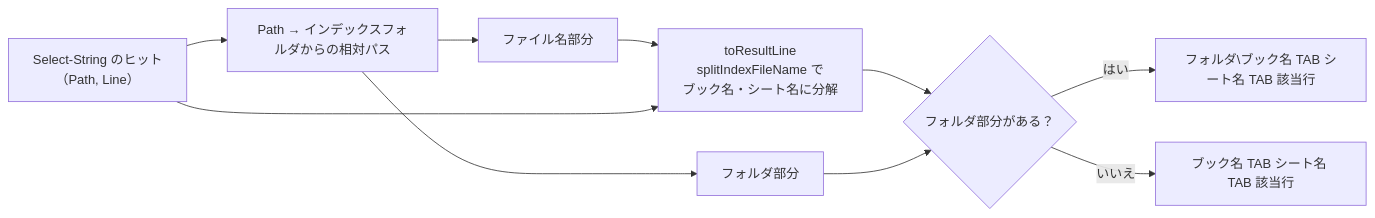
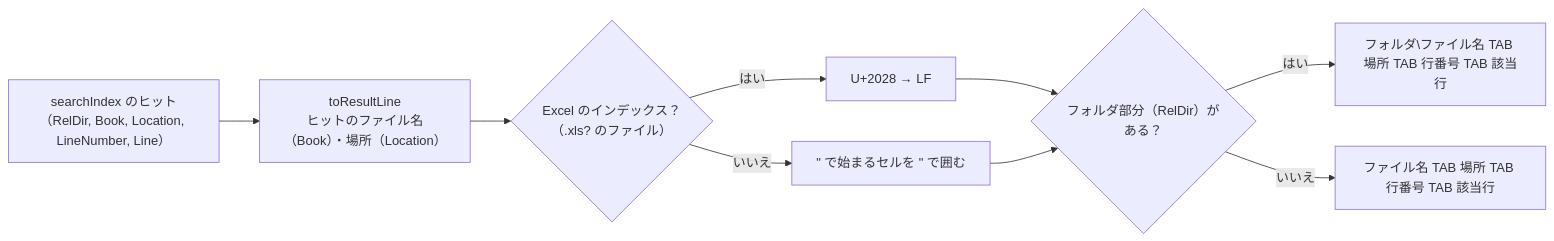
The third of 4 diagrams in docs/02_検索.md (hsgwa/tebunko), drawn with Mermaid before and after one commit. The commit also changed other lines of this file and 28 other files, not shown here.

````diff
--- a/docs/02_検索.md
+++ b/docs/02_検索.md
@@ -125,12 +145,11 @@
 ```mermaid
 flowchart LR
-    H["Select-String のヒット<br>（Path, Line）"] --> R["Path → インデックスフォルダからの相対パス"]
-    R --> F["ファイル名部分"]
-    R --> D["フォルダ部分"]
-    F --> T["toResultLine<br>splitIndexFileName で<br>ブック名・シート名に分解"]
-    H --> T
-    T --> J{"フォルダ部分がある？"}
-    D --> J
-    J -- はい --> O1["フォルダ\ブック名 TAB シート名 TAB 該当行"]
-    J -- いいえ --> O2["ブック名 TAB シート名 TAB 該当行"]
+    H["searchIndex のヒット<br>（RelDir, Book, Location, LineNumber, Line）"] --> T["toResultLine<br>ヒットのファイル名（Book）・場所（Location）"]
+    T --> X{"Excel のインデックス？<br>（.xls? のファイル）"}
+    X -- はい --> XL["U+2028 → LF"]
+    X -- いいえ --> WD["#quot; で始まるセルを #quot; で囲む"]
+    XL --> J{"フォルダ部分（RelDir）がある？"}
+    WD --> J
+    J -- はい --> O1["フォルダ\ファイル名 TAB 場所 TAB 行番号 TAB 該当行"]
+    J -- いいえ --> O2["ファイル名 TAB 場所 TAB 行番号 TAB 該当行"]
 ```
````
